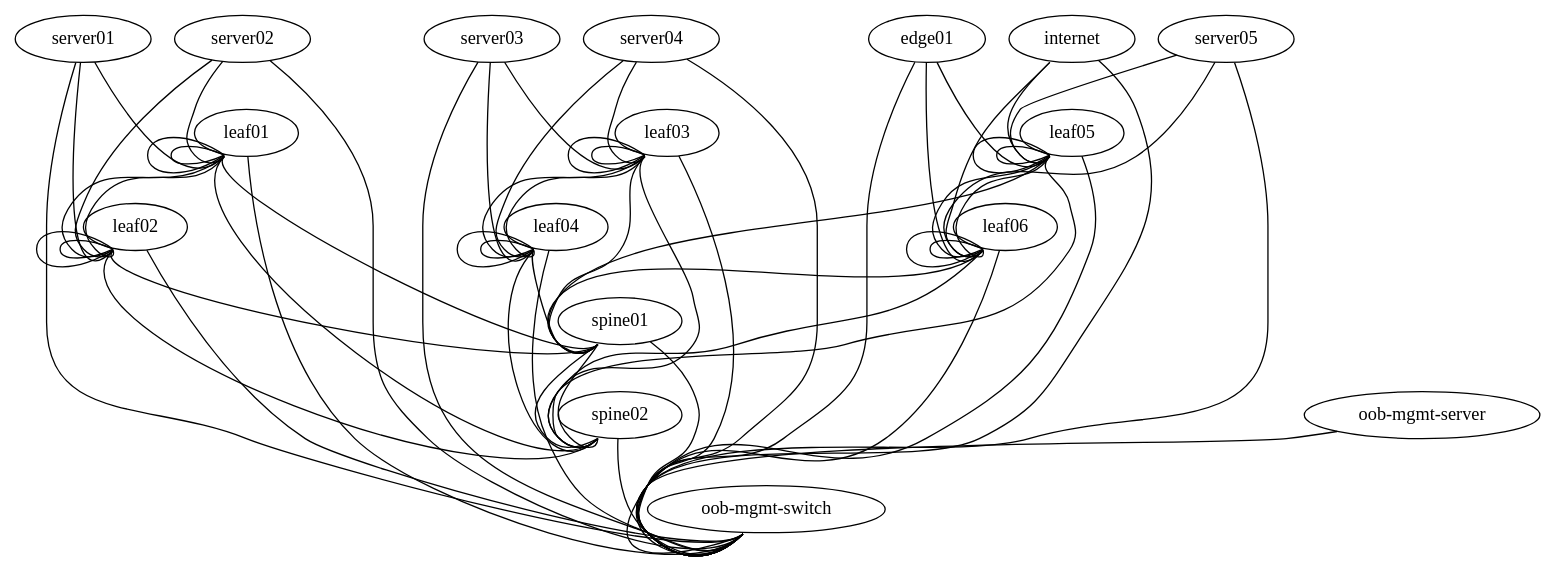
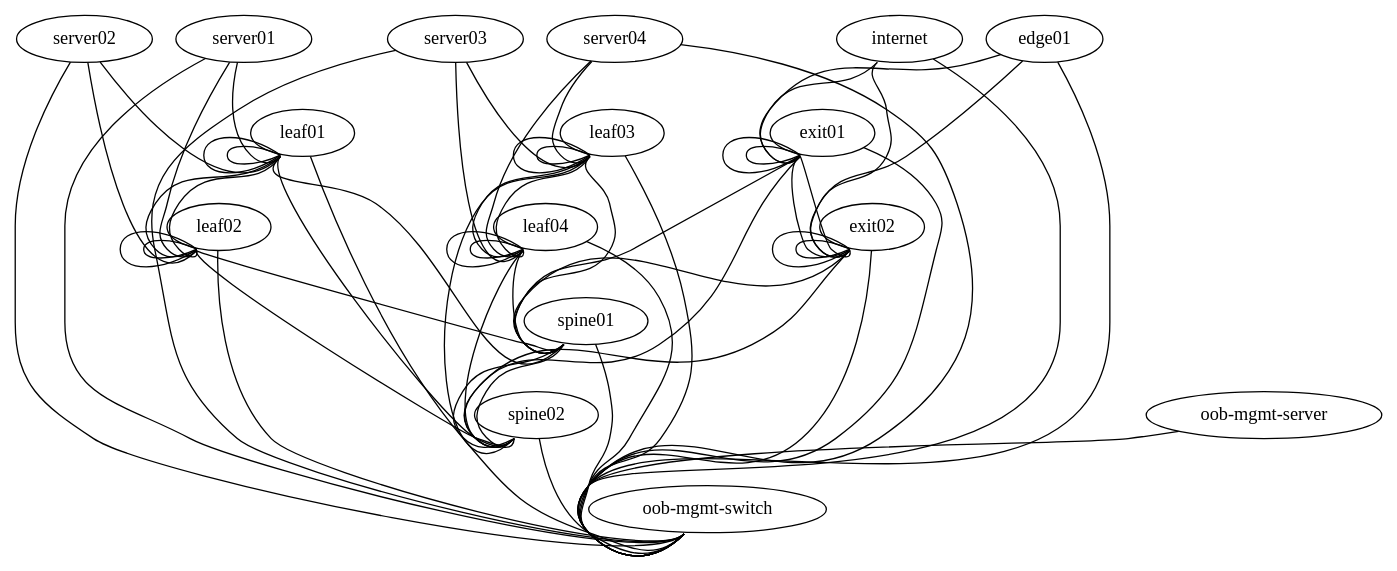
The diagram in topology.dot (StefTN/cldemo-vagrant_quagga), drawn with Graphviz before and after one commit. The commit also changed 7 other files, not shown here.

```diff
--- a/topology.dot
+++ b/topology.dot
@@ -1,90 +1,86 @@
 graph vx {
  "leaf01" [function="leaf" os="CumulusCommunity/cumulus-vx" version="2.5.7" memory="512" config="./helper_scripts/config_switch.sh" mgmt_ip="192.168.0.11"]
  "leaf02" [function="leaf" os="CumulusCommunity/cumulus-vx" version="2.5.7" memory="512" config="./helper_scripts/config_switch.sh" mgmt_ip="192.168.0.12"]
  "leaf03" [function="leaf" os="CumulusCommunity/cumulus-vx" version="2.5.7" memory="512" config="./helper_scripts/config_switch.sh" mgmt_ip="192.168.0.13"]
  "leaf04" [function="leaf" os="CumulusCommunity/cumulus-vx" version="2.5.7" memory="512" config="./helper_scripts/config_switch.sh" mgmt_ip="192.168.0.14"]
  "spine01" [function="spine" os="CumulusCommunity/cumulus-vx" version="2.5.7" memory="512" config="./helper_scripts/config_switch.sh" mgmt_ip="192.168.0.21"]
  "spine02" [function="spine" os="CumulusCommunity/cumulus-vx" version="2.5.7" memory="512" config="./helper_scripts/config_switch.sh" mgmt_ip="192.168.0.22"]
- "leaf05" [function="exit" os="CumulusCommunity/cumulus-vx" version="2.5.7" memory="512" config="./helper_scripts/config_switch.sh" mgmt_ip="192.168.0.41"]
- "leaf06" [function="exit" os="CumulusCommunity/cumulus-vx" version="2.5.7" memory="512" config="./helper_scripts/config_switch.sh" mgmt_ip="192.168.0.42"]
+ "exit01" [function="exit" os="CumulusCommunity/cumulus-vx" version="2.5.7" memory="512" config="./helper_scripts/config_switch.sh" mgmt_ip="192.168.0.41"]
+ "exit02" [function="exit" os="CumulusCommunity/cumulus-vx" version="2.5.7" memory="512" config="./helper_scripts/config_switch.sh" mgmt_ip="192.168.0.42"]
  "server01" [function="host" os="boxcutter/ubuntu1404" memory="512" ubuntu=True config="./helper_scripts/config_server.sh" mgmt_ip="192.168.0.31"]
  "server02" [function="host" os="boxcutter/ubuntu1404" memory="512" ubuntu=True config="./helper_scripts/config_server.sh" mgmt_ip="192.168.0.32"]
  "server03" [function="host" os="boxcutter/ubuntu1404" memory="512" ubuntu=True config="./helper_scripts/config_server.sh" mgmt_ip="192.168.0.33"]
  "server04" [function="host" os="boxcutter/ubuntu1404" memory="512" ubuntu=True config="./helper_scripts/config_server.sh" mgmt_ip="192.168.0.34"]
- "server05" [function="host" os="boxcutter/ubuntu1404" memory="512" ubuntu=True config="./helper_scripts/config_server.sh" mgmt_ip="192.168.0.35"]
  "edge01" [function="host" os="boxcutter/ubuntu1404" memory="512" ubuntu=True config="./helper_scripts/config_server.sh" mgmt_ip="192.168.0.51"]
  "internet" [function="internet" vagrant="swp48" os="CumulusCommunity/cumulus-vx" version="2.5.7" memory="256" config="./helper_scripts/config_internet.sh" mgmt_ip="192.168.0.253"]
  "oob-mgmt-switch" [function="oob-switch" vagrant="eth0" os="CumulusCommunity/cumulus-vx" version="2.5.7" memory="256" config="./helper_scripts/config_oob_switch.sh" mgmt_ip="192.168.0.1"]
  "oob-mgmt-server" [function="oob-server" ansible=True vagrant="eth0" os="boxcutter/ubuntu1404" memory="1024" ubuntu=True config="./helper_scripts/config_oob_server.sh" mgmt_ip="192.168.0.254"]
 
  "leaf01":"swp51" -- "spine01":"swp1"
  "leaf02":"swp51" -- "spine01":"swp2"
  "leaf03":"swp51" -- "spine01":"swp3"
  "leaf04":"swp51" -- "spine01":"swp4"
  "leaf01":"swp52" -- "spine02":"swp1"
  "leaf02":"swp52" -- "spine02":"swp2"
  "leaf03":"swp52" -- "spine02":"swp3"
  "leaf04":"swp52" -- "spine02":"swp4"
 
  "leaf01":"swp49" -- "leaf02":"swp49"
  "leaf01":"swp50" -- "leaf02":"swp50"
  "leaf03":"swp49" -- "leaf04":"swp49"
  "leaf03":"swp50" -- "leaf04":"swp50"
 
  "spine01":"swp31" -- "spine02":"swp31"
  "spine01":"swp32" -- "spine02":"swp32"
- "leaf05":"swp49" -- "leaf06":"swp49"
- "leaf05":"swp50" -- "leaf06":"swp50"
+ "exit01":"swp49" -- "exit02":"swp49"
+ "exit01":"swp50" -- "exit02":"swp50"
 
  "server01":"eth1" -- "leaf01":"swp1"
  "server01":"eth2" -- "leaf02":"swp1"
  "server02":"eth1" -- "leaf01":"swp2"
  "server02":"eth2" -- "leaf02":"swp2"
  "server03":"eth1" -- "leaf03":"swp1"
  "server03":"eth2" -- "leaf04":"swp1"
  "server04":"eth1" -- "leaf03":"swp2"
  "server04":"eth2" -- "leaf04":"swp2"
- "server05":"eth1" -- "leaf05":"swp1"
- "server05":"eth2" -- "leaf06":"swp1"
 
- "leaf05":"swp51" -- "spine01":"swp5"
- "leaf05":"swp52" -- "spine02":"swp5"
- "leaf06":"swp51" -- "spine01":"swp6"
- "leaf06":"swp52" -- "spine02":"swp6"
- "leaf05":"swp45" -- "leaf05":"swp46"
- "leaf05":"swp47" -- "leaf05":"swp48"
- "leaf06":"swp45" -- "leaf06":"swp46"
- "leaf06":"swp47" -- "leaf06":"swp48"
+ "exit01":"swp51" -- "spine01":"swp30"
+ "exit01":"swp52" -- "spine02":"swp30"
+ "exit02":"swp51" -- "spine01":"swp29"
+ "exit02":"swp52" -- "spine02":"swp29"
+ "exit01":"swp45" -- "exit01":"swp46"
+ "exit01":"swp47" -- "exit01":"swp48"
+ "exit02":"swp45" -- "exit02":"swp46"
+ "exit02":"swp47" -- "exit02":"swp48"
 
  "leaf01":"swp45" -- "leaf01":"swp46"
  "leaf01":"swp47" -- "leaf01":"swp48"
  "leaf02":"swp45" -- "leaf02":"swp46"
  "leaf02":"swp47" -- "leaf02":"swp48"
  "leaf03":"swp45" -- "leaf03":"swp46"
  "leaf03":"swp47" -- "leaf03":"swp48"
  "leaf04":"swp45" -- "leaf04":"swp46"
  "leaf04":"swp47" -- "leaf04":"swp48"
 
- "internet":"swp1" -- "leaf05":"swp44"
- "internet":"swp2" -- "leaf06":"swp44"
+ "internet":"swp1" -- "exit01":"swp44"
+ "internet":"swp2" -- "exit02":"swp44"
 
- "edge01":"eth1" -- "leaf05":"swp2"
- "edge01":"eth2" -- "leaf06":"swp2"
+ "edge01":"eth1" -- "exit01":"swp1"
+ "edge01":"eth2" -- "exit02":"swp1"
 
  "oob-mgmt-server":"eth1" -- "oob-mgmt-switch":"swp1"
  "server01":"eth0" -- "oob-mgmt-switch":"swp2" [left_mac="A0:00:00:00:00:31"]
  "server02":"eth0" -- "oob-mgmt-switch":"swp3" [left_mac="A0:00:00:00:00:32"]
  "server03":"eth0" -- "oob-mgmt-switch":"swp4" [left_mac="A0:00:00:00:00:33"]
  "server04":"eth0" -- "oob-mgmt-switch":"swp5" [left_mac="A0:00:00:00:00:34"]
  "leaf01":"eth0" -- "oob-mgmt-switch":"swp6" [left_mac="A0:00:00:00:00:11"]
  "leaf02":"eth0" -- "oob-mgmt-switch":"swp7" [left_mac="A0:00:00:00:00:12"]
  "leaf03":"eth0" -- "oob-mgmt-switch":"swp8" [left_mac="A0:00:00:00:00:13"]
  "leaf04":"eth0" -- "oob-mgmt-switch":"swp9" [left_mac="A0:00:00:00:00:14"]
  "spine01":"eth0" -- "oob-mgmt-switch":"swp10" [left_mac="A0:00:00:00:00:21"]
  "spine02":"eth0" -- "oob-mgmt-switch":"swp11" [left_mac="A0:00:00:00:00:22"]
- "leaf05":"eth0" -- "oob-mgmt-switch":"swp12" [left_mac="A0:00:00:00:00:41"]
- "leaf06":"eth0" -- "oob-mgmt-switch":"swp13" [left_mac="A0:00:00:00:00:42"]
+ "exit01":"eth0" -- "oob-mgmt-switch":"swp12" [left_mac="A0:00:00:00:00:41"]
+ "exit02":"eth0" -- "oob-mgmt-switch":"swp13" [left_mac="A0:00:00:00:00:42"]
  "edge01":"eth0" -- "oob-mgmt-switch":"swp14" [left_mac="A0:00:00:00:00:51"]
- "server05":"eth0" -- "oob-mgmt-switch":"swp16" [left_mac="A0:00:00:00:00:35"]
  "internet":"eth0" -- "oob-mgmt-switch":"swp15"
 }
```
